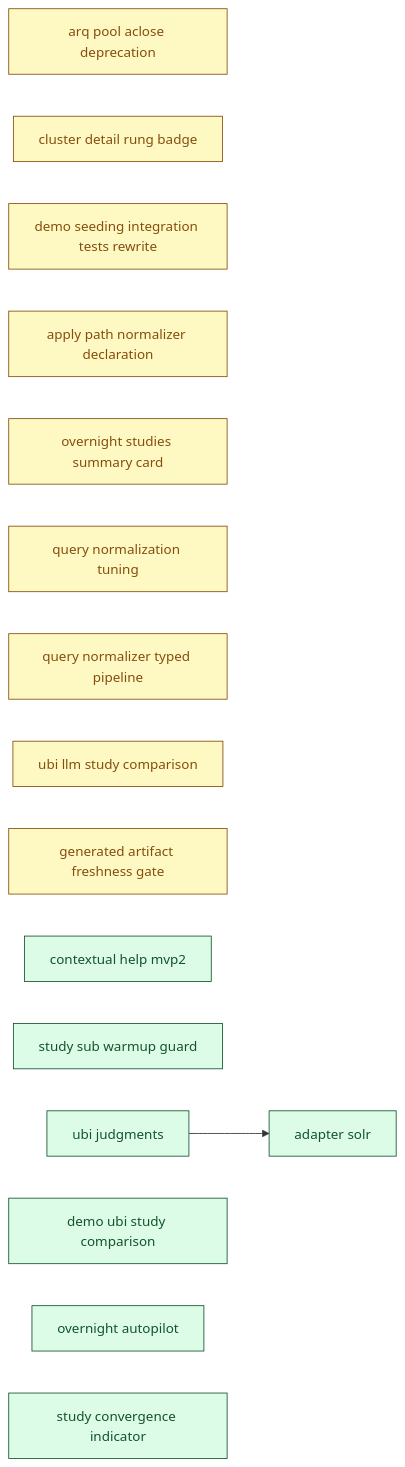
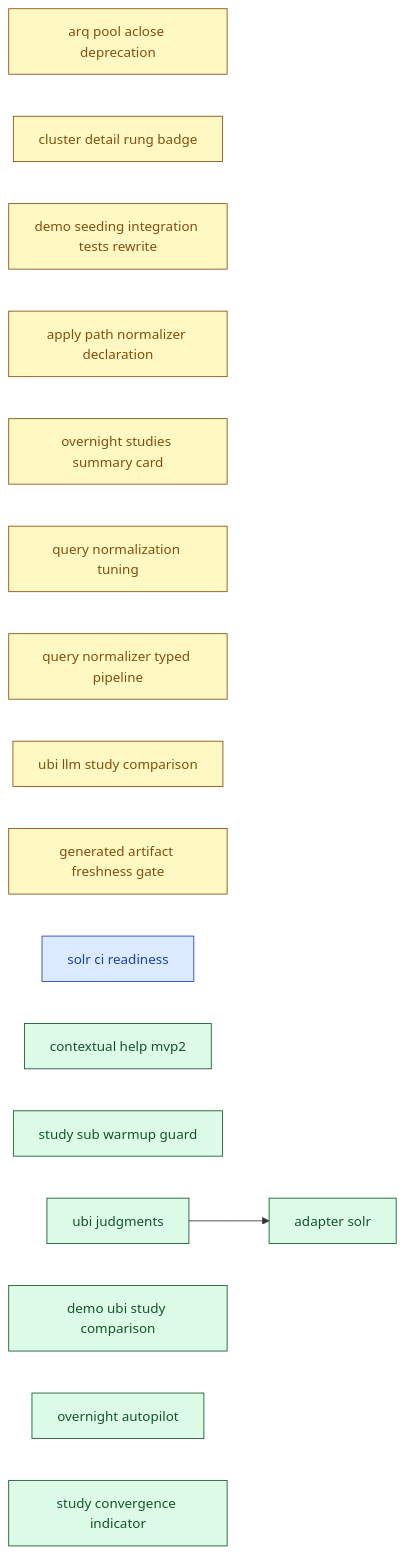
One commit to SoundMindsAI/relyloop changed the diagram in docs/00_overview/MVP2_DASHBOARD.md. Above: the diagram before and after it, drawn with Mermaid. The commit also changed other lines of this file and 6 other files, not shown here.

````diff
--- a/docs/00_overview/MVP2_DASHBOARD.md
+++ b/docs/00_overview/MVP2_DASHBOARD.md
@@ -100,41 +101,43 @@
 ```mermaid
 graph LR
   classDef done fill:#dcfce7,stroke:#14532d,color:#14532d;
   classDef implement fill:#ffedd5,stroke:#9a3412,color:#9a3412;
   classDef plan fill:#fef9c3,stroke:#854d0e,color:#854d0e;
   classDef spec fill:#dbeafe,stroke:#1e40af,color:#1e40af;
   classDef idea fill:#f1f5f9,stroke:#334155,color:#334155;
   chore_arq_pool_aclose_deprecation["arq pool aclose deprecation"]
   class chore_arq_pool_aclose_deprecation plan;
   chore_cluster_detail_rung_badge["cluster detail rung badge"]
   class chore_cluster_detail_rung_badge plan;
   chore_demo_seeding_integration_tests_rewrite["demo seeding integration tests rewrite"]
   class chore_demo_seeding_integration_tests_rewrite plan;
   feat_apply_path_normalizer_declaration["apply path normalizer declaration"]
   class feat_apply_path_normalizer_declaration plan;
   feat_overnight_studies_summary_card["overnight studies summary card"]
   class feat_overnight_studies_summary_card plan;
   feat_query_normalization_tuning["query normalization tuning"]
   class feat_query_normalization_tuning plan;
   feat_query_normalizer_typed_pipeline["query normalizer typed pipeline"]
   class feat_query_normalizer_typed_pipeline plan;
   feat_ubi_llm_study_comparison["ubi llm study comparison"]
   class feat_ubi_llm_study_comparison plan;
   infra_generated_artifact_freshness_gate["generated artifact freshness gate"]
   class infra_generated_artifact_freshness_gate plan;
+  infra_solr_ci_readiness["solr ci readiness"]
+  class infra_solr_ci_readiness spec;
   feat_contextual_help_mvp2["contextual help mvp2"]
   class feat_contextual_help_mvp2 done;
   feat_study_sub_warmup_guard["study sub warmup guard"]
   class feat_study_sub_warmup_guard done;
   feat_ubi_judgments["ubi judgments"]
   class feat_ubi_judgments done;
   feat_demo_ubi_study_comparison["demo ubi study comparison"]
   class feat_demo_ubi_study_comparison done;
   feat_overnight_autopilot["overnight autopilot"]
   class feat_overnight_autopilot done;
   infra_adapter_solr["adapter solr"]
   class infra_adapter_solr done;
   feat_study_convergence_indicator["study convergence indicator"]
   class feat_study_convergence_indicator done;
   feat_ubi_judgments --> infra_adapter_solr
 ```
````
